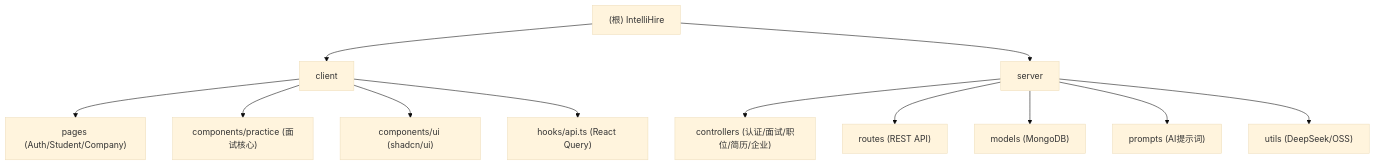
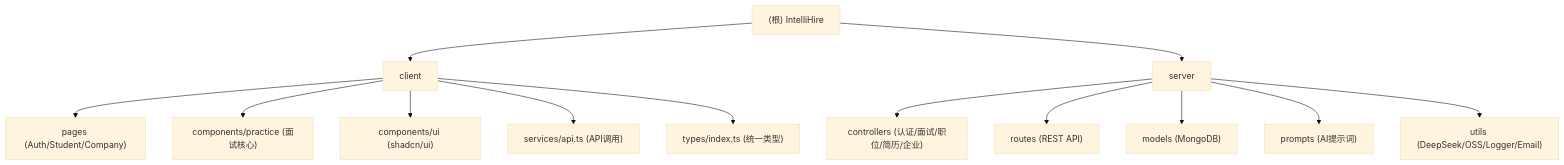
The diagram in CLAUDE.md (Jerry-Hunger/Interview_Ai), drawn with Mermaid (base theme) before and after one commit. The commit also changed other lines of this file and 3 other files, not shown here.

Commit message:
Refactor server documentation: streamline API routes, enhance SSE flow, unify response format, and improve logging. Update data models and validation logic, achieving 98.6% test coverage.

````diff
--- a/CLAUDE.md
+++ b/CLAUDE.md
@@ -27,19 +29,18 @@
 ```mermaid
 graph TD
     A["(根) IntelliHire"] --> B["client"]
     A --> C["server"]
     B --> B1["pages (Auth/Student/Company)"]
     B --> B2["components/practice (面试核心)"]
     B --> B3["components/ui (shadcn/ui)"]
-    B --> B4["hooks/api.ts (React Query)"]
+    B --> B4["services/api.ts (API调用)"]
+    B --> B5["types/index.ts (统一类型)"]
     C --> C1["controllers (认证/面试/职位/简历/企业)"]
     C --> C2["routes (REST API)"]
     C --> C3["models (MongoDB)"]
     C --> C4["prompts (AI提示词)"]
-    C --> C5["utils (DeepSeek/OSS)"]
+    C --> C5["utils (DeepSeek/OSS/Logger/Email)"]
 
-    click B1 "./client/CLAUDE.md" "查看 client 模块文档"
-    click B2 "./client/CLAUDE.md" "查看 practice 组件文档"
-    click C1 "./server/CLAUDE.md" "查看 controllers 文档"
-    click C4 "./server/CLAUDE.md" "查看 AI 提示词文档"
+    click B "./client/CLAUDE.md" "查看 client 模块文档"
+    click C "./server/CLAUDE.md" "查看 server 模块文档"
 ```
````
